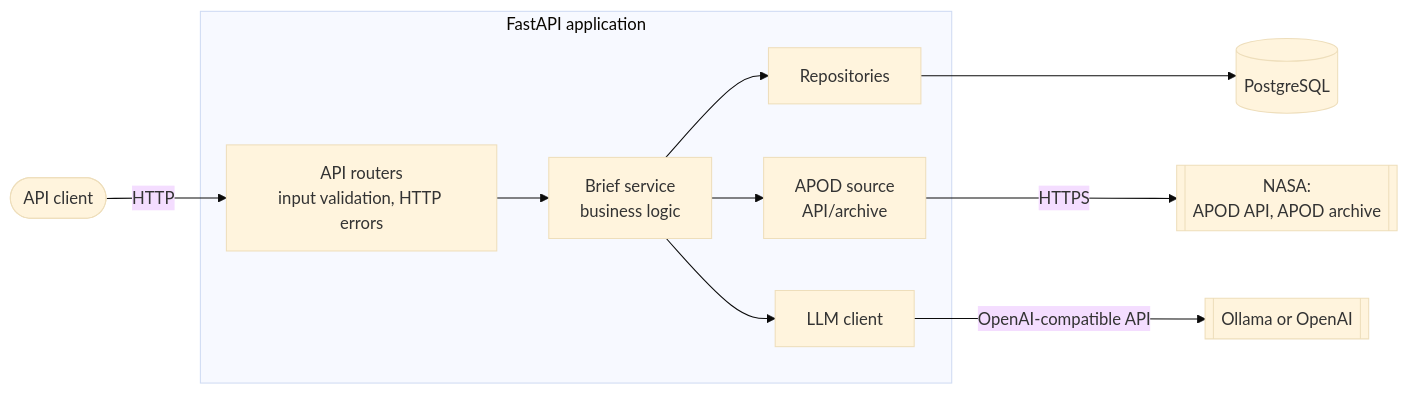
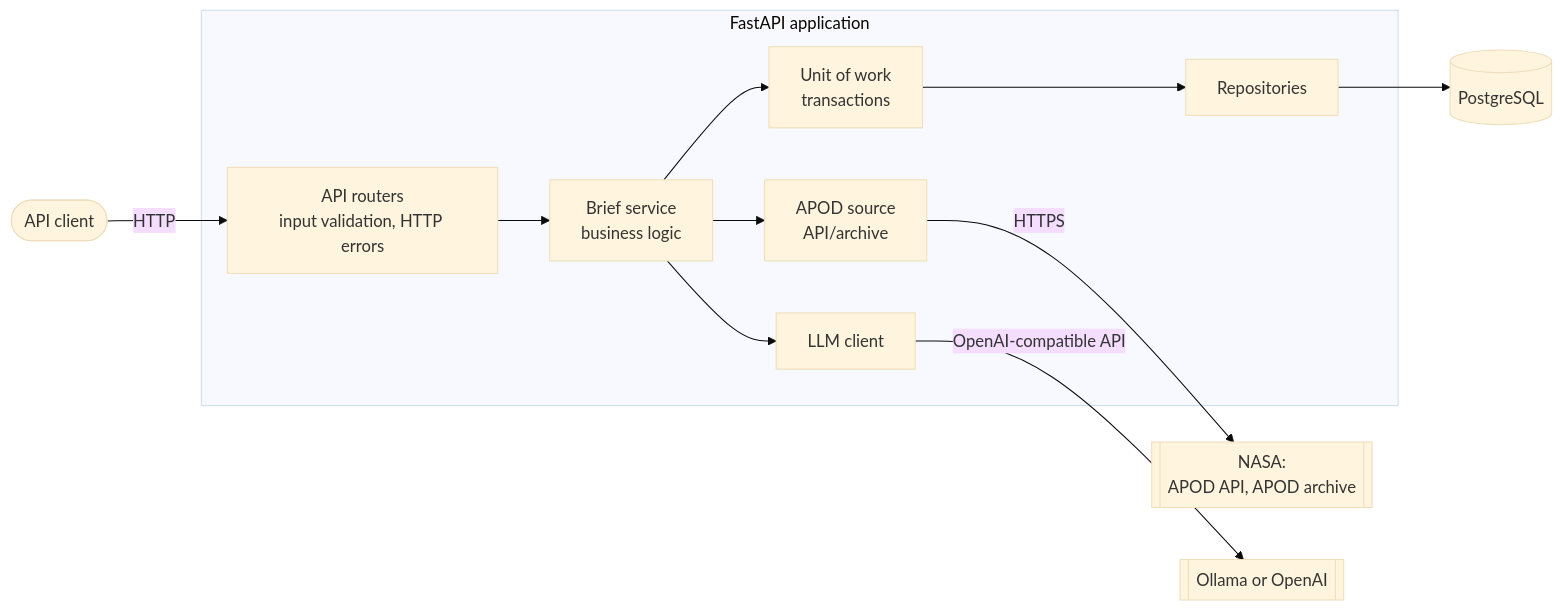
Before and after one commit to OstapchukIryna/astronomy-brief: the first of 3 diagrams in README.md, drawn with Mermaid (base theme). The commit also changed other lines of this file and 5 other files, not shown here.

````diff
--- a/README.md
+++ b/README.md
@@ -34,20 +34,22 @@
 ```mermaid
 flowchart LR
     user([API client]) -->|HTTP| api
 
     subgraph app [FastAPI application]
         api[API routers<br/>input validation, HTTP errors]
         svc[Brief service<br/>business logic]
+        uow[Unit of work<br/>transactions]
         repo[Repositories]
         apod[APOD source<br/>API/archive]
         llm[LLM client]
     end
 
     api --> svc
-    svc --> repo
+    svc --> uow
+    uow --> repo
     svc --> apod
     svc --> llm
     repo --> db[(PostgreSQL)]
     apod -->|HTTPS| nasa[[NASA:<br/>APOD API, APOD archive]]
     llm -->|OpenAI-compatible API| model[[Ollama or OpenAI]]
 ```
````
